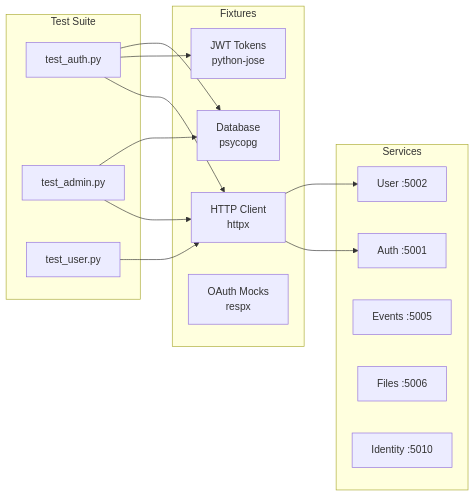
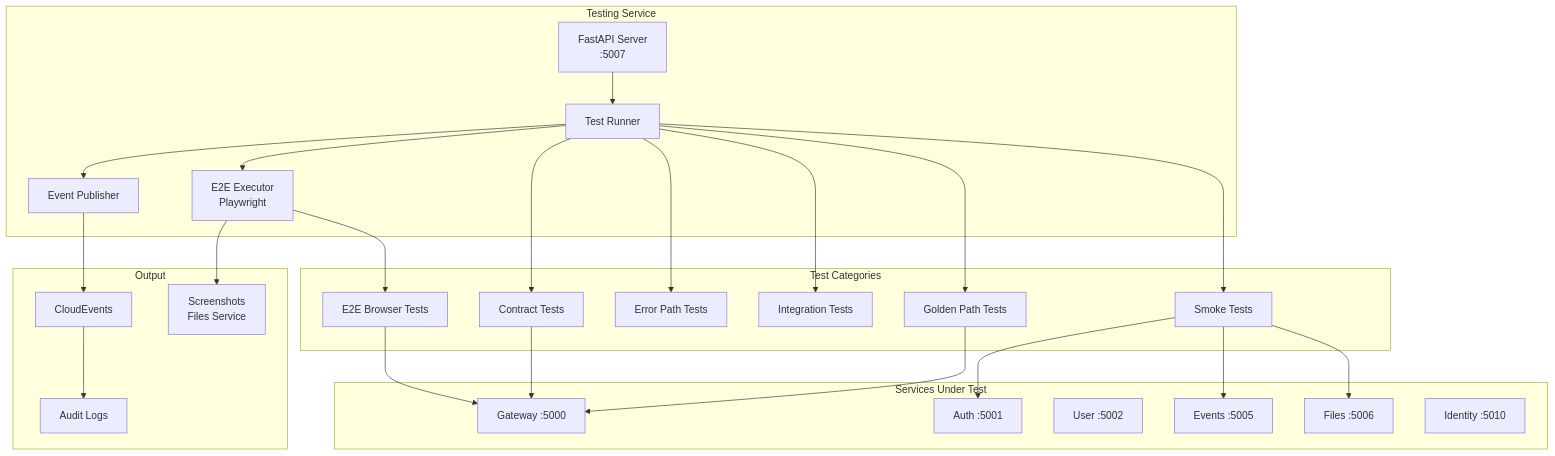
Before and after one commit to Nechja/hellArch: the first of 2 diagrams in docs/guide/testing.md, drawn with Mermaid. The commit also changed other lines of this file and 2 other files, not shown here.

````diff
--- a/docs/guide/testing.md
+++ b/docs/guide/testing.md
@@ -9,32 +9,55 @@
 ```mermaid
-graph LR
-    subgraph Test Suite
-        AUTH_T[test_auth.py]
-        ADMIN_T[test_admin.py]
-        USER_T[test_user.py]
+graph TB
+    subgraph Testing Service
+        API[FastAPI Server<br/>:5007]
+        RUNNER[Test Runner]
+        E2E[E2E Executor<br/>Playwright]
+        PUB[Event Publisher]
     end
 
-    subgraph Fixtures
-        DB[Database<br/>psycopg]
-        HTTP[HTTP Client<br/>httpx]
-        JWT[JWT Tokens<br/>python-jose]
-        MOCK[OAuth Mocks<br/>respx]
+    subgraph Test Categories
+        SMOKE[Smoke Tests]
+        CONTRACT[Contract Tests]
+        ERRORS[Error Path Tests]
+        INTEGRATION[Integration Tests]
+        GOLDEN[Golden Path Tests]
+        E2E_TESTS[E2E Browser Tests]
     end
 
-    subgraph Services
+    subgraph Services Under Test
+        GW[Gateway :5000]
         AUTH[Auth :5001]
         USER[User :5002]
         EVENTS[Events :5005]
         FILES[Files :5006]
         IDENTITY[Identity :5010]
     end
 
-    AUTH_T --> HTTP
-    AUTH_T --> JWT
-    AUTH_T --> DB
-    ADMIN_T --> HTTP
-    ADMIN_T --> DB
-    USER_T --> HTTP
-    HTTP --> AUTH
-    HTTP --> USER
+    subgraph Output
+        CLOUDEVENTS[CloudEvents]
+        AUDIT[Audit Logs]
+        SCREENSHOTS[Screenshots<br/>Files Service]
+    end
+
+    API --> RUNNER
+    RUNNER --> SMOKE
+    RUNNER --> CONTRACT
+    RUNNER --> ERRORS
+    RUNNER --> INTEGRATION
+    RUNNER --> GOLDEN
+    RUNNER --> E2E
+
+    E2E --> E2E_TESTS
+    E2E_TESTS --> GW
+
+    SMOKE --> AUTH
+    SMOKE --> EVENTS
+    SMOKE --> FILES
+    CONTRACT --> GW
+    GOLDEN --> GW
+
+    RUNNER --> PUB
+    PUB --> CLOUDEVENTS
+    CLOUDEVENTS --> AUDIT
+    E2E --> SCREENSHOTS
 ```
````
